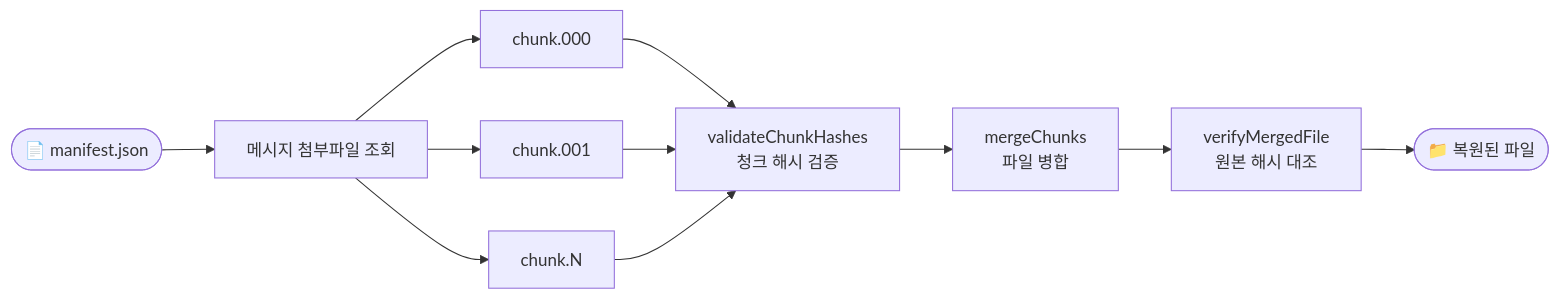
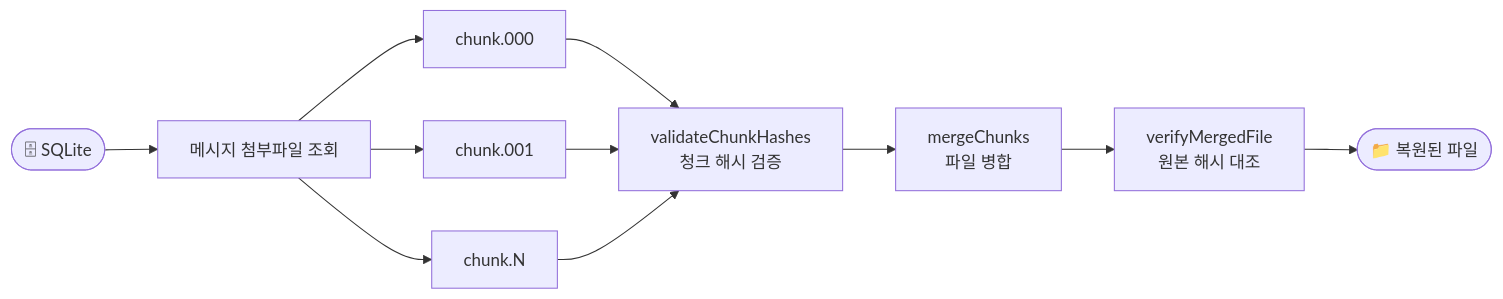
Before and after one commit to vientorepublic/drivecord: the second of 2 diagrams in README.md, drawn with Mermaid. The commit also changed other lines of this file and 17 other files, not shown here.

````diff
--- a/README.md
+++ b/README.md
@@ -21,11 +23,11 @@
 ```mermaid
 flowchart LR
-    E([📄 manifest.json]) --> F[메시지 첨부파일 조회]
+    E([🗄 SQLite]) --> F[메시지 첨부파일 조회]
     F --> C1[chunk.000]
     F --> C2[chunk.001]
     F --> C3[chunk.N]
     C1 & C2 & C3 --> G[validateChunkHashes\n청크 해시 검증]
     G --> H[mergeChunks\n파일 병합]
     H --> I[verifyMergedFile\n원본 해시 대조]
     I --> J([📁 복원된 파일])
 ```
````
